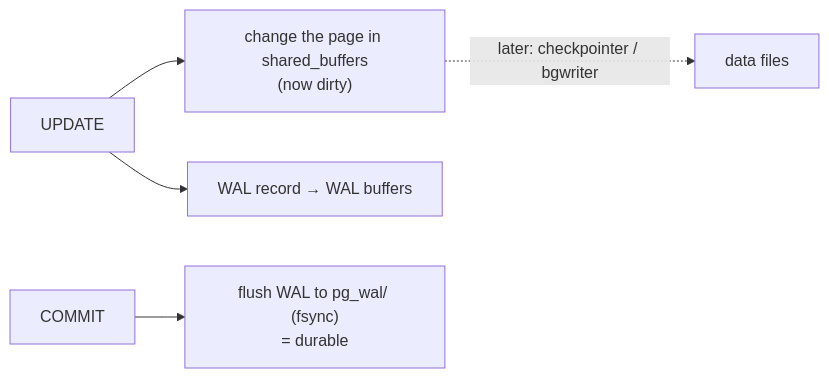
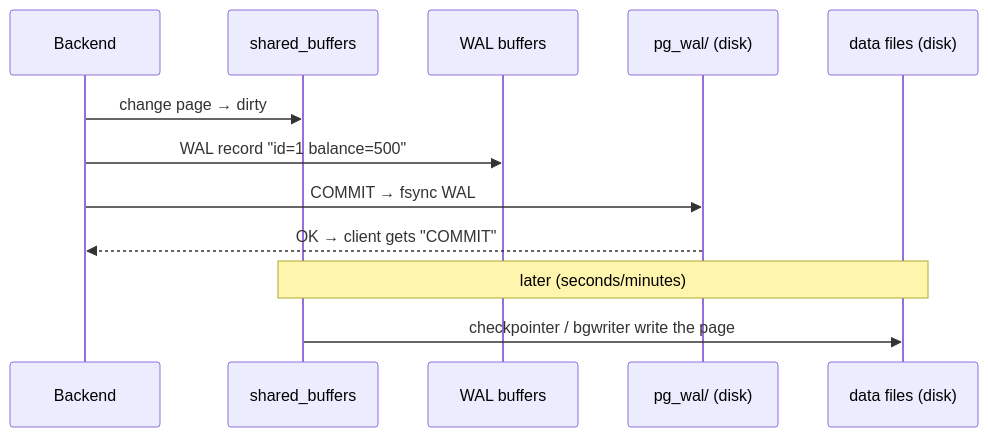
Before and after one commit to wesamkhateeb98-creator/postgresql-zero-to-hero: the ninth of 11 diagrams in Doc/00-introduction/03-architecture.md, drawn with Mermaid. The commit also changed other lines of this file, not shown here.

Commit message:
Rewrite architecture doc with definitions and scenarios per component

````diff
--- a/Doc/00-introduction/03-architecture.md
+++ b/Doc/00-introduction/03-architecture.md
@@ -184,7 +367,14 @@
 ```mermaid
-flowchart LR
-    U["UPDATE"] --> P["change the page in shared_buffers<br/>(now dirty)"]
-    U --> W["WAL record → WAL buffers"]
-    C["COMMIT"] --> F["flush WAL to pg_wal/ (fsync)<br/>= durable"]
-    P -.->|"later: checkpointer / bgwriter"| DF["data files"]
+sequenceDiagram
+    participant B as Backend
+    participant SB as shared_buffers
+    participant WB as WAL buffers
+    participant WAL as pg_wal/ (disk)
+    participant DF as data files (disk)
+    B->>SB: change page → dirty
+    B->>WB: WAL record "id=1 balance=500"
+    B->>WAL: COMMIT → fsync WAL
+    WAL-->>B: OK → client gets "COMMIT"
+    Note over SB,DF: later (seconds/minutes)
+    SB->>DF: checkpointer / bgwriter write the page
 ```
````
